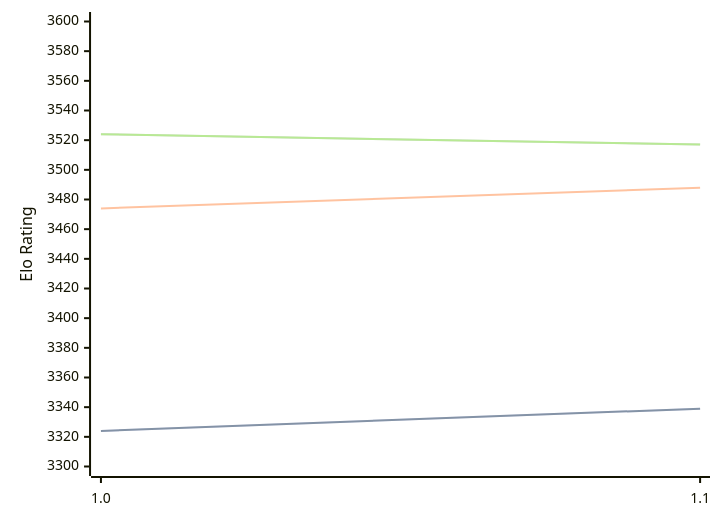
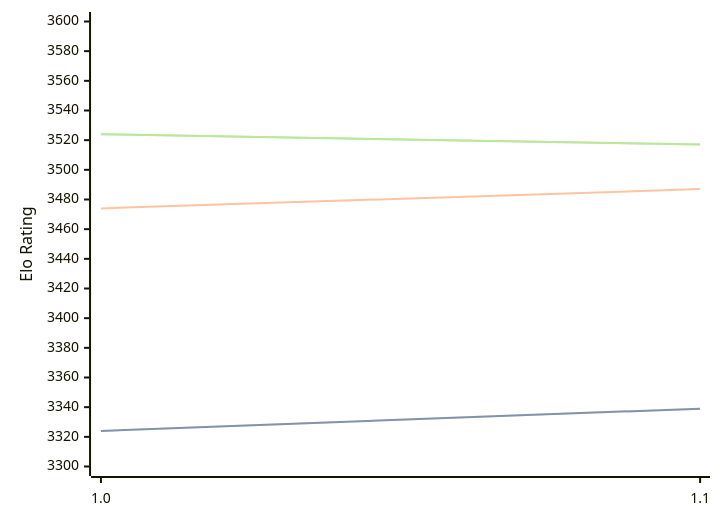
One commit to computer-chess-index/cci changed the first of 3 diagrams in engines/Horsie.md. Above: the diagram before and after it, drawn with Mermaid. The commit also changed other lines of this file, not shown here.

````diff
--- a/engines/Horsie.md
+++ b/engines/Horsie.md
@@ -32,11 +32,11 @@
 ```mermaid
 %%{init: {"theme":"base","themeVariables":{"seriesColors:['#a3a3a3','#222221','#faa371']}}}%%
 xychart-beta
   x-axis ["1.0", "1.1"]
   y-axis "Elo Rating" 3300 --> 3600
   line "STC (8.0+0.08s)" [3324, 3339]
   line "STC (8.0+0.08s)" [3324, 3339]
-  line "LTC (60.0+0.60s)" [3474, 3488]
+  line "LTC (60.0+0.60s)" [3474, 3487]
   line "VLTC (2m24s+1.12s)" [3524, 3517]
   line "VLTC (2m24s+1.12s)" [3524, 3517]
 ```
````
